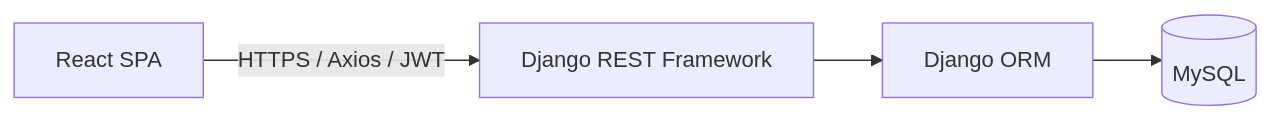
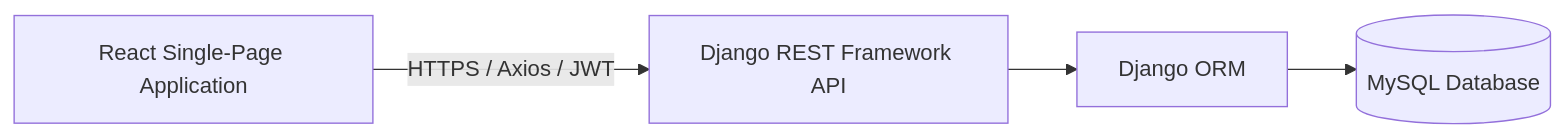
Before and after one commit to DuvvariMohankrishna/DeskPilot-IT-Helpdesk: the diagram in README.md, drawn with Mermaid. The commit also changed other lines of this file and 8 other files, not shown here.

````diff
--- a/README.md
+++ b/README.md
@@ -44,6 +90,6 @@
 ```mermaid
 flowchart LR
-    Browser[React SPA] -->|HTTPS / Axios / JWT| API[Django REST Framework]
+    Browser[React Single-Page Application] -->|HTTPS / Axios / JWT| API[Django REST Framework API]
     API --> ORM[Django ORM]
-    ORM --> DB[(MySQL)]
+    ORM --> DB[(MySQL Database)]
 ```
````
